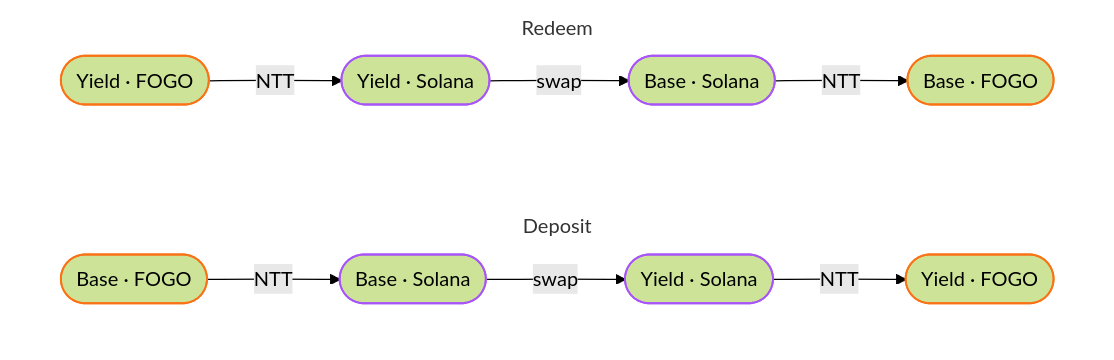
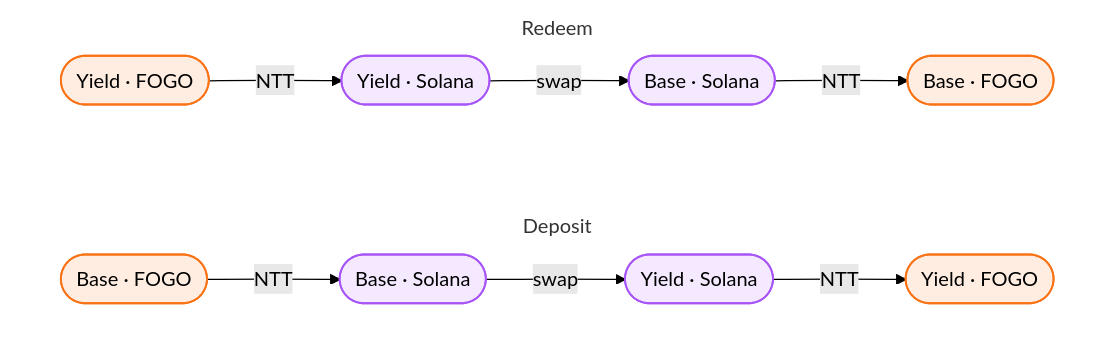
One commit to pointgroup-labs/fogo-yield changed the diagram in README.md. Above: the diagram before and after it, drawn with Mermaid (forest theme).

Commit message:
docs: tint flowchart nodes by chain

````diff
--- a/README.md
+++ b/README.md
@@ -18,18 +18,18 @@
 ```mermaid
 flowchart LR
     subgraph dep [Deposit]
         direction LR
         A(["Base · FOGO"]) -->|NTT| B(["Base · Solana"]) -->|swap| C(["Yield · Solana"]) -->|NTT| D(["Yield · FOGO"])
     end
     subgraph wd [Redeem]
         direction LR
         E(["Yield · FOGO"]) -->|NTT| F(["Yield · Solana"]) -->|swap| G(["Base · Solana"]) -->|NTT| H(["Base · FOGO"])
     end
 
-    classDef fogo stroke:#f97316,stroke-width:1.5px
-    classDef sol stroke:#a855f7,stroke-width:1.5px
+    classDef fogo fill:#f9731620,stroke:#f97316,stroke-width:1.5px
+    classDef sol fill:#a855f720,stroke:#a855f7,stroke-width:1.5px
     class A,D,E,H fogo
     class B,C,F,G sol
     style dep fill:transparent,stroke:transparent
     style wd fill:transparent,stroke:transparent
 ```
````
